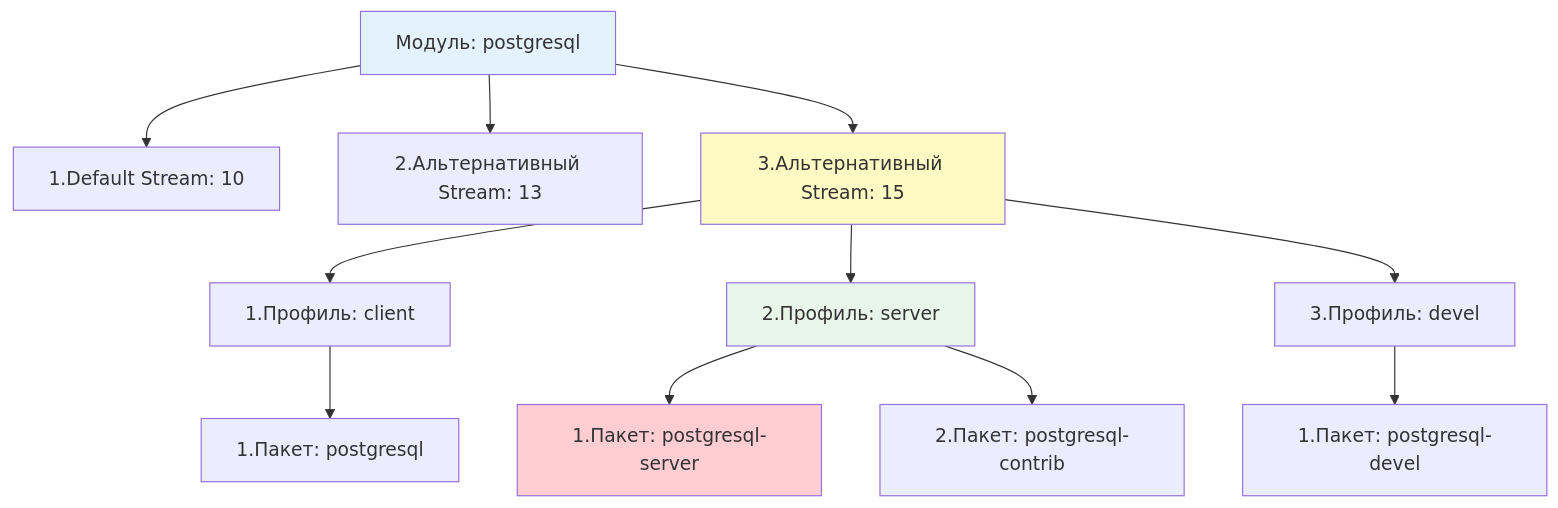
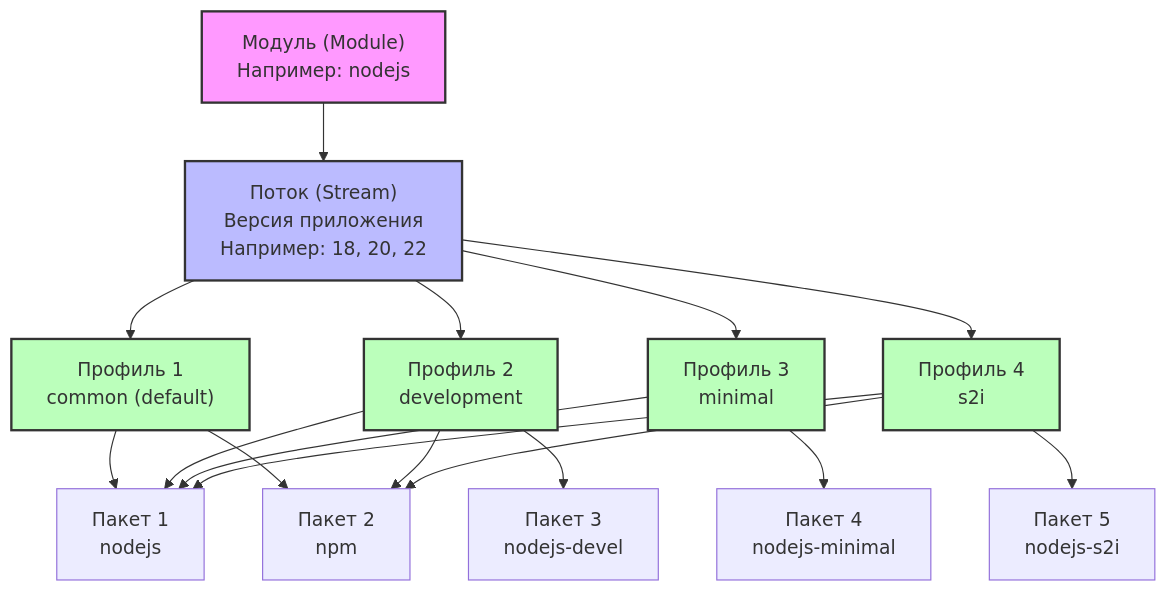
Before and after one commit to Dzhambulat-Kagermanov/obsidian-vault: the diagram in DevOps/Сетевое и системное администрирование/1. Операционные системы/1. Linux/7. Управление пакетами/2. RHEL, CentOS, Rocky, AlmaLinux/4. Модули.md, drawn with Mermaid. The commit also changed other lines of this file, not shown here.

````diff
--- a/DevOps/Сетевое и системное администрирование/1. Операционные системы/1. Linux/7. Управление пакетами/2. RHEL, CentOS, Rocky, AlmaLinux/4. Модули.md
+++ b/DevOps/Сетевое и системное администрирование/1. Операционные системы/1. Linux/7. Управление пакетами/2. RHEL, CentOS, Rocky, AlmaLinux/4. Модули.md
@@ -22,20 +23,30 @@
 ```mermaid
 graph TD
-    Module["Модуль: postgresql"] --> Stream1["1.Default Stream: 10"]
-    Module --> Stream2["2.Альтернативный Stream: 13"]
-    Module --> Stream3["3.Альтернативный Stream: 15"]
-    
-    Stream3 --> Profile1["1.Профиль: client"]
-    Stream3 --> Profile2["2.Профиль: server"]
-    Stream3 --> Profile3["3.Профиль: devel"]
-    
-    Profile1 --> Pkg1["1.Пакет: postgresql"]
-    Profile2 --> Pkg2["1.Пакет: postgresql-server"]
-    Profile2 --> Pkg3["2.Пакет: postgresql-contrib"]
-    Profile3 --> Pkg4["1.Пакет: postgresql-devel"]
-    
-    style Module fill:#e3f2fd
-    style Stream3 fill:#fff9c4
-    style Profile2 fill:#e8f5e9
-    style Pkg2 fill:#ffcdd2
+    A["Модуль (Module)<br/>Например: nodejs"] --> B["Поток (Stream)<br/>Версия приложения<br/>Например: 18, 20, 22"]
+
+    B --> C1["Профиль 1<br/>common (default)"]
+    B --> C2["Профиль 2<br/>development"]
+    B --> C3["Профиль 3<br/>minimal"]
+    B --> C4["Профиль 4<br/>s2i"]
+
+    C1 --> D1["Пакет 1<br/>nodejs"]
+    C1 --> D2["Пакет 2<br/>npm"]
+
+    C2 --> D1
+    C2 --> D2
+    C2 --> D3["Пакет 3<br/>nodejs-devel"]
+
+    C3 --> D1
+    C3 --> D4["Пакет 4<br/>nodejs-minimal"]
+
+    C4 --> D1
+    C4 --> D2
+    C4 --> D5["Пакет 5<br/>nodejs-s2i"]
+
+    style A fill:#f9f,stroke:#333,stroke-width:2px
+    style B fill:#bbf,stroke:#333,stroke-width:2px
+    style C1 fill:#bfb,stroke:#333,stroke-width:2px
+    style C2 fill:#bfb,stroke:#333,stroke-width:2px
+    style C3 fill:#bfb,stroke:#333,stroke-width:2px
+    style C4 fill:#bfb,stroke:#333,stroke-width:2px
 ```
````
